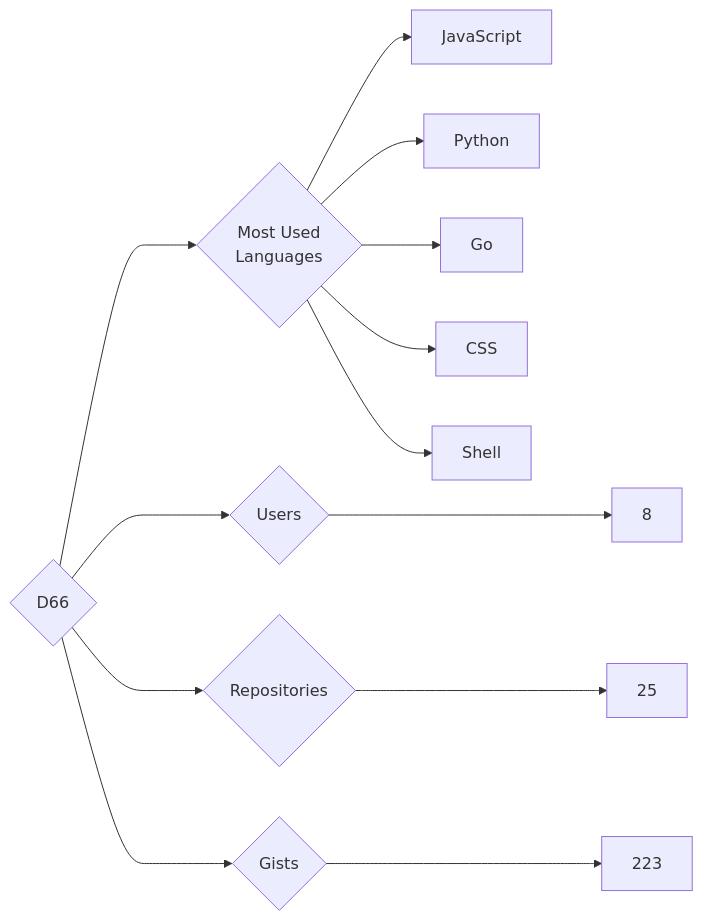
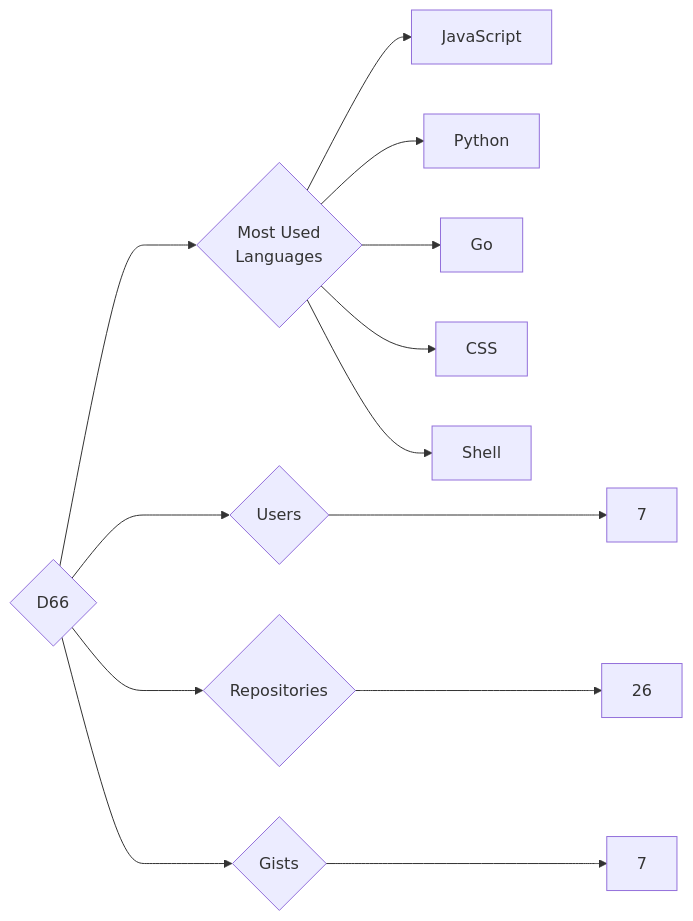
The diagram in targets/D66/README.md (trickest/insiders), drawn with Mermaid before and after one commit. The commit also changed 657 other files, not shown here.

````diff
--- a/targets/D66/README.md
+++ b/targets/D66/README.md
@@ -3,13 +3,13 @@
 ```mermaid
 graph LR
 COMPANY_NAME{D66}
-COMPANY_NAME ---> U{Users} ---> UN[8]
-COMPANY_NAME ---> R{Repositories} ---> RN[25]
-COMPANY_NAME ---> G{Gists} ---> GN[223]
+COMPANY_NAME ---> U{Users} ---> UN[7]
+COMPANY_NAME ---> R{Repositories} ---> RN[26]
+COMPANY_NAME ---> G{Gists} ---> GN[7]
 COMPANY_NAME ---> ML{Most Used<br>Languages}
 ML --> JavaScript[JavaScript]
 ML --> Python[Python]
 ML --> Go[Go]
 ML --> CSS[CSS]
 ML --> Shell[Shell]
 ```
````
